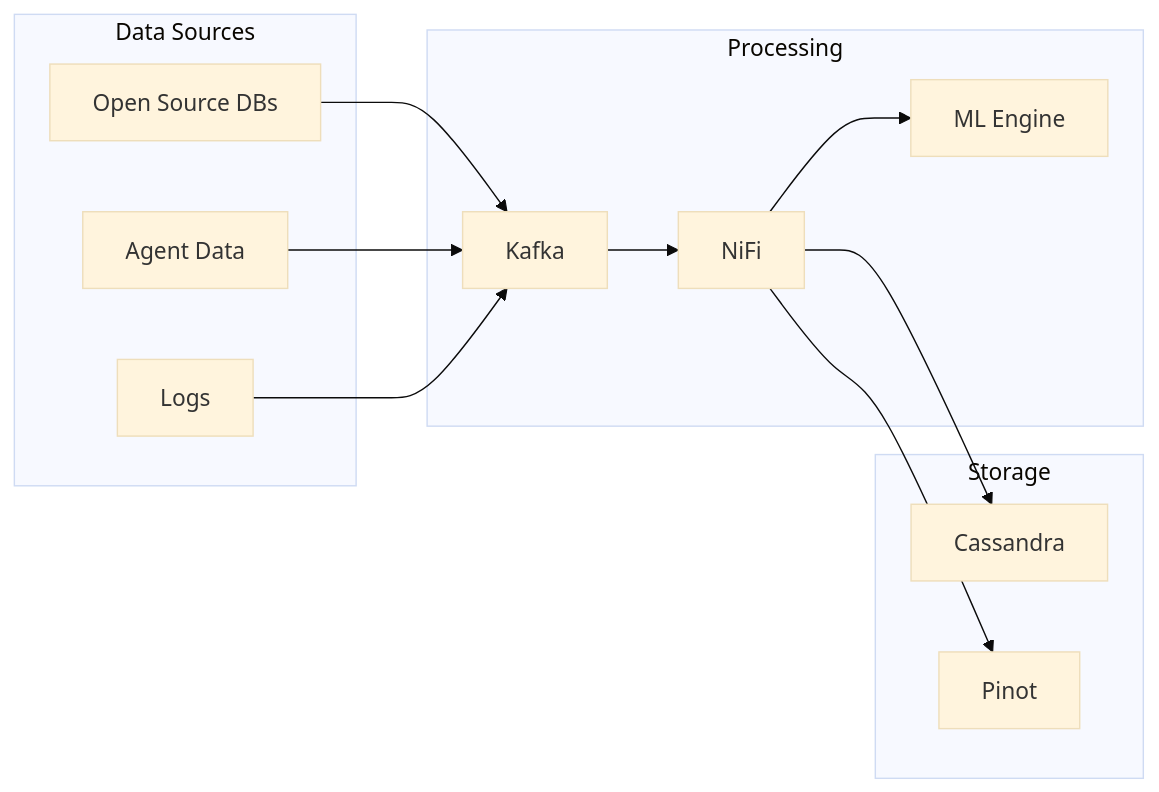
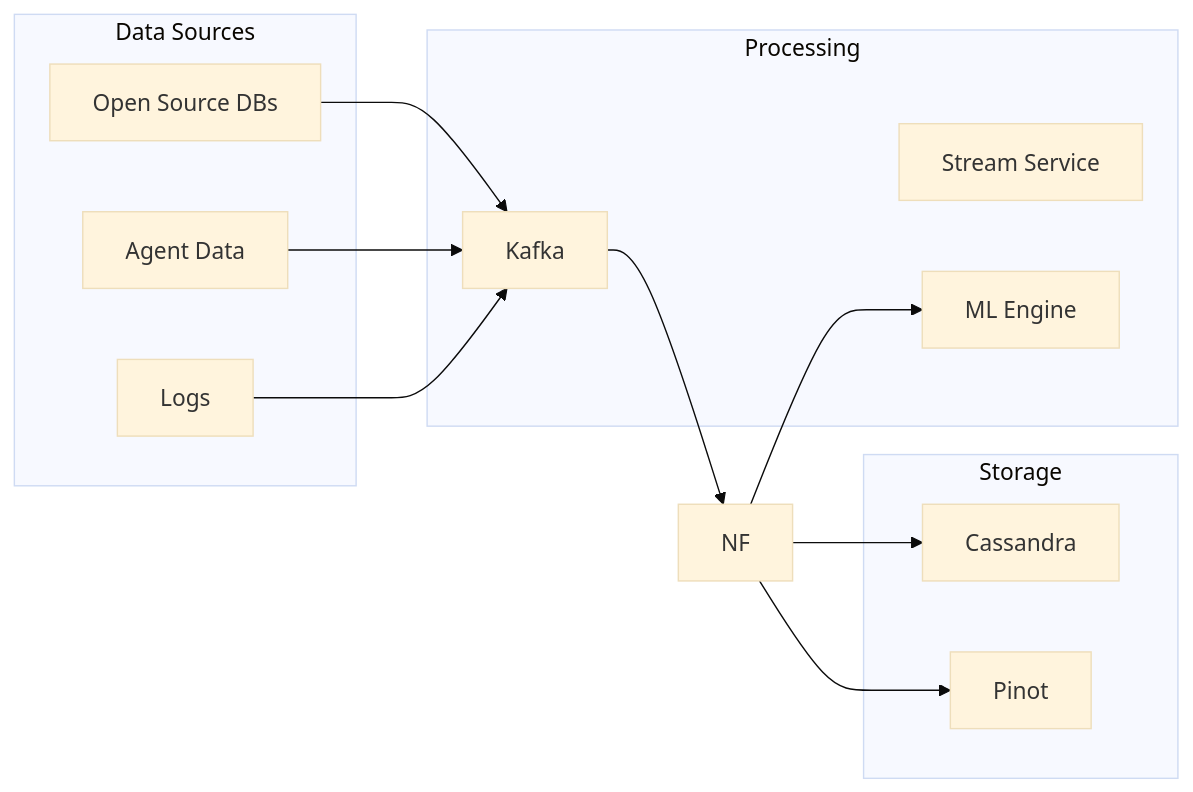
The third of 3 diagrams in docs/docs/diagrams/architecture/system-overview.md (flamingo-stack/openframe-oss-tenant), drawn with Mermaid (base theme) before and after one commit. The commit also changed other lines of this file and 7 other files, not shown here.

First line of the commit message:
Update architecture diagrams and remove outdated NiFi references

````diff
--- a/docs/docs/diagrams/architecture/system-overview.md
+++ b/docs/docs/diagrams/architecture/system-overview.md
@@ -138,27 +140,27 @@
 ```mermaid
 graph LR
     subgraph "Data Sources"
         OS[Open Source DBs]
         AG[Agent Data]
         LG[Logs]
     end
 
     subgraph "Processing"
         KF[Kafka]
-        NF[NiFi]
+        ST[Stream Service]
         ML[ML Engine]
     end
 
     subgraph "Storage"
         CS[Cassandra]
         PT[Pinot]
     end
 
     OS --> KF
     AG --> KF
     LG --> KF
     KF --> NF
     NF --> ML
     NF --> CS
     NF --> PT
 ```
````
